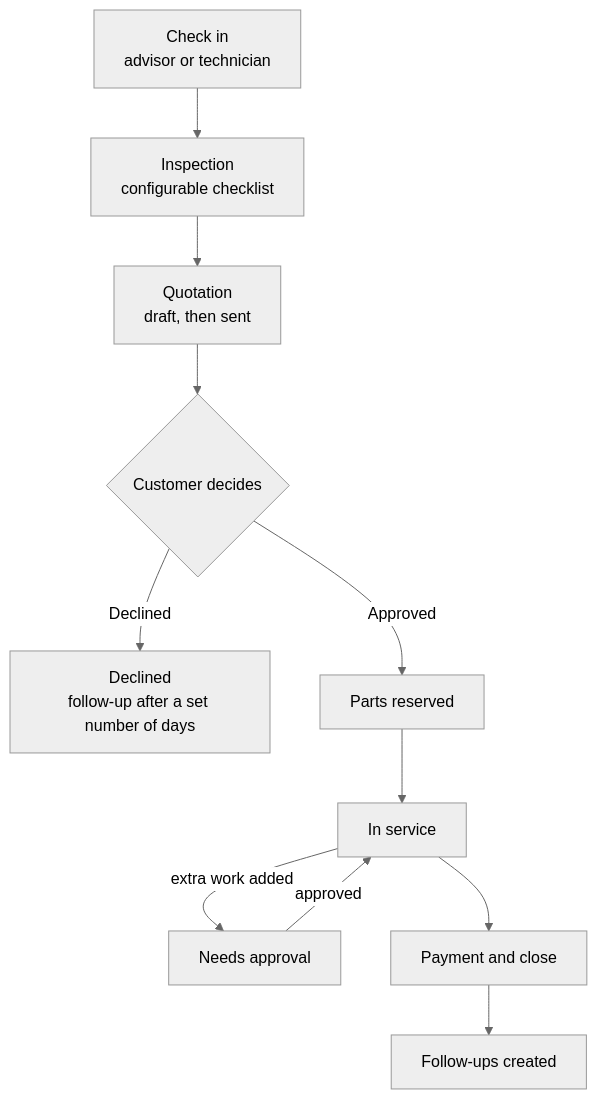
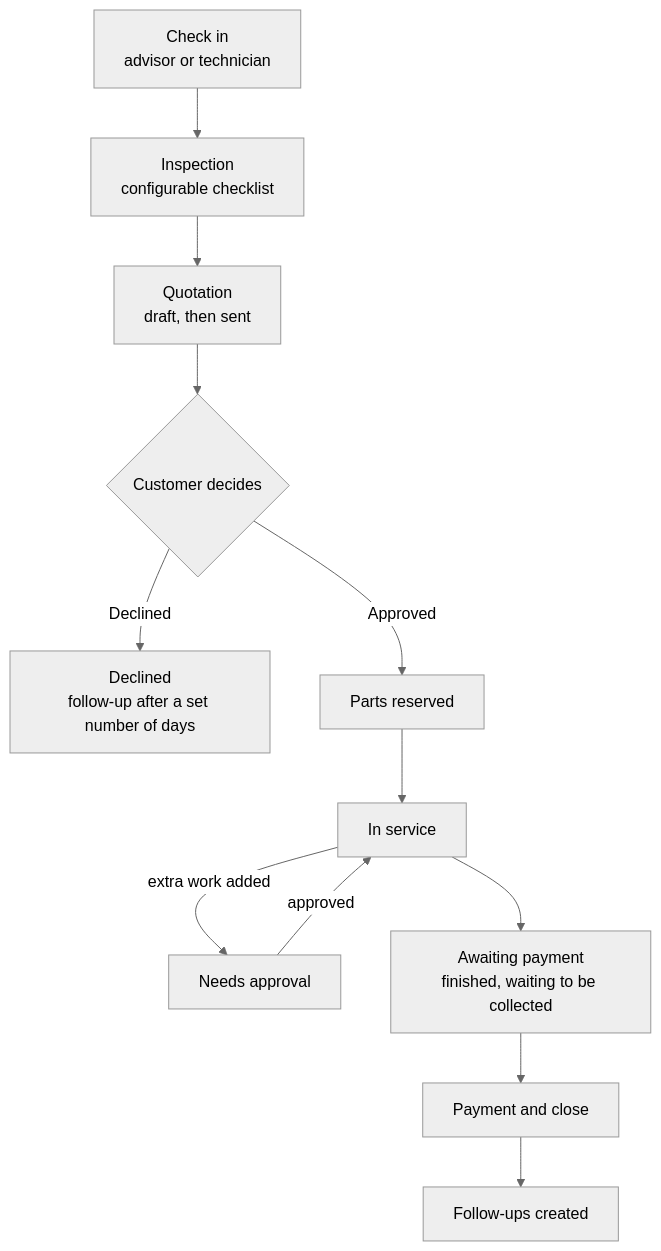
One commit to YapSeng98/NEXAUTO changed the first of 2 diagrams in docs/PROCESS.md. Above: the diagram before and after it, drawn with Mermaid (neutral theme). The commit also changed other lines of this file and 8 other files, not shown here.

First line of the commit message:
Add an Awaiting payment stage, and track money that arrives later

````diff
--- a/docs/PROCESS.md
+++ b/docs/PROCESS.md
@@ -5,13 +5,14 @@
 ```mermaid
 flowchart TD
   A["Check in<br/>advisor or technician"] --> B["Inspection<br/>configurable checklist"]
   B --> C["Quotation<br/>draft, then sent"]
   C --> D{Customer decides}
   D -- Declined --> X["Declined<br/>follow-up after a set number of days"]
   D -- Approved --> E["Parts reserved"]
   E --> F["In service"]
   F -- "extra work added" --> F2["Needs approval"]
   F2 -- approved --> F
-  F --> G["Payment and close"]
+  F --> W["Awaiting payment<br/>finished, waiting to be collected"]
+  W --> G["Payment and close"]
   G --> H["Follow-ups created"]
 ```
````
